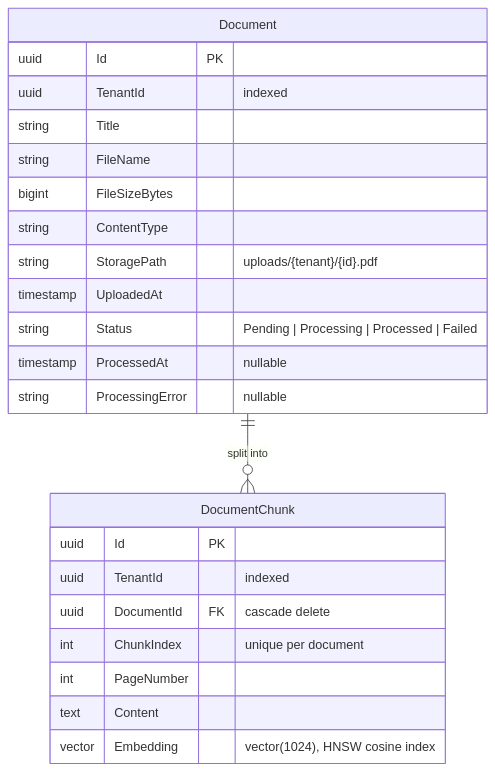
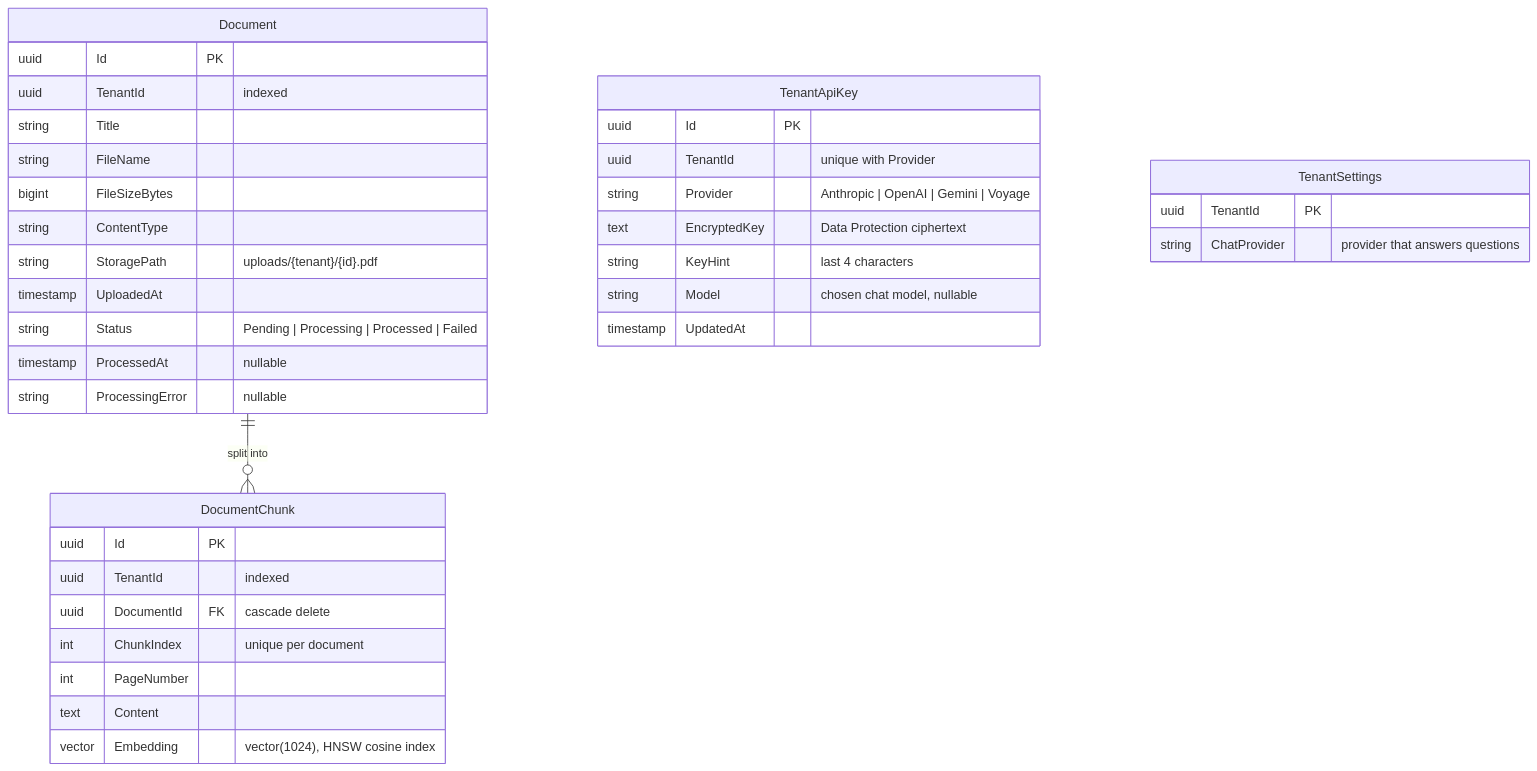
The fifth of 5 diagrams in README.md (EISAGHANI/documind-ai), drawn with Mermaid before and after one commit. The commit also changed other lines of this file and 38 other files, not shown here.

First line of the commit message:
feat: bring-your-own-key settings for Claude, OpenAI, Gemini and Voyage

````diff
--- a/README.md
+++ b/README.md
@@ -226,26 +256,39 @@
 ```mermaid
 erDiagram
     Document ||--o{ DocumentChunk : "split into"
     Document {
         uuid Id PK
         uuid TenantId "indexed"
         string Title
         string FileName
         bigint FileSizeBytes
         string ContentType
         string StoragePath "uploads/{tenant}/{id}.pdf"
         timestamp UploadedAt
         string Status "Pending | Processing | Processed | Failed"
         timestamp ProcessedAt "nullable"
         string ProcessingError "nullable"
     }
     DocumentChunk {
         uuid Id PK
         uuid TenantId "indexed"
         uuid DocumentId FK "cascade delete"
         int ChunkIndex "unique per document"
         int PageNumber
         text Content
         vector Embedding "vector(1024), HNSW cosine index"
     }
+    TenantApiKey {
+        uuid Id PK
+        uuid TenantId "unique with Provider"
+        string Provider "Anthropic | OpenAI | Gemini | Voyage"
+        text EncryptedKey "Data Protection ciphertext"
+        string KeyHint "last 4 characters"
+        string Model "chosen chat model, nullable"
+        timestamp UpdatedAt
+    }
+    TenantSettings {
+        uuid TenantId PK
+        string ChatProvider "provider that answers questions"
+    }
 ```
````
